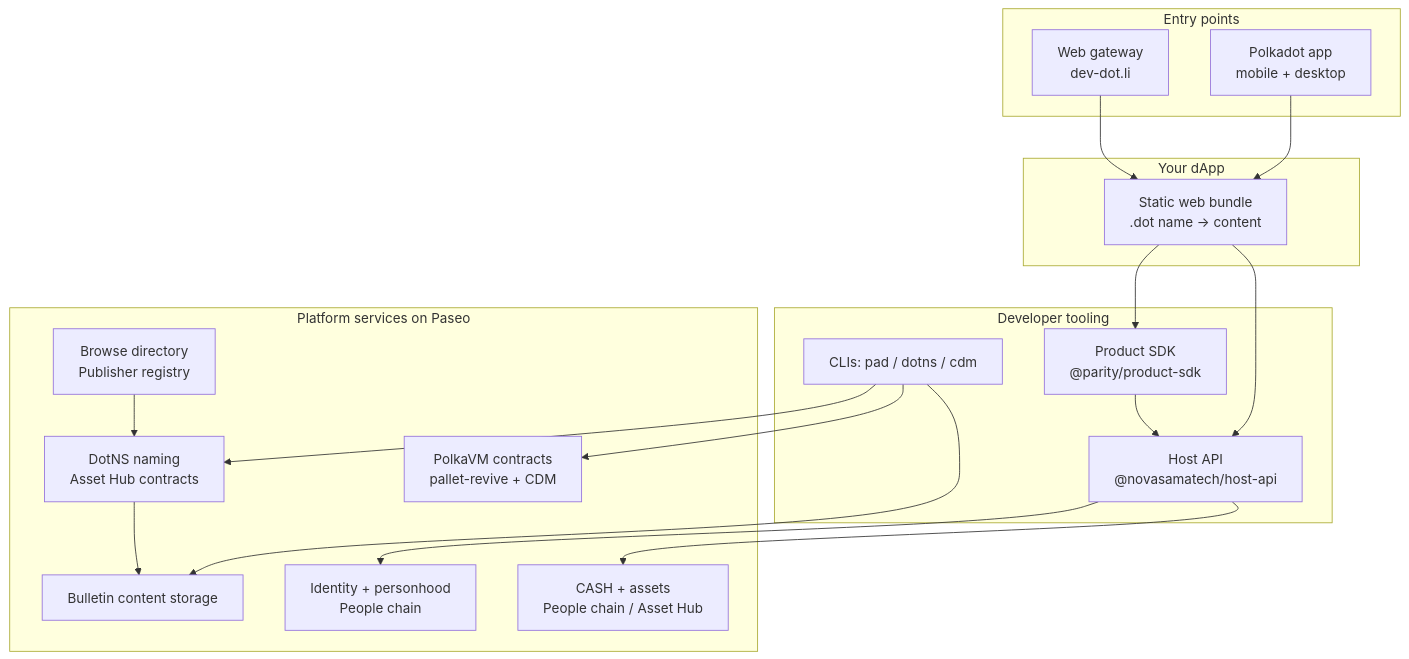
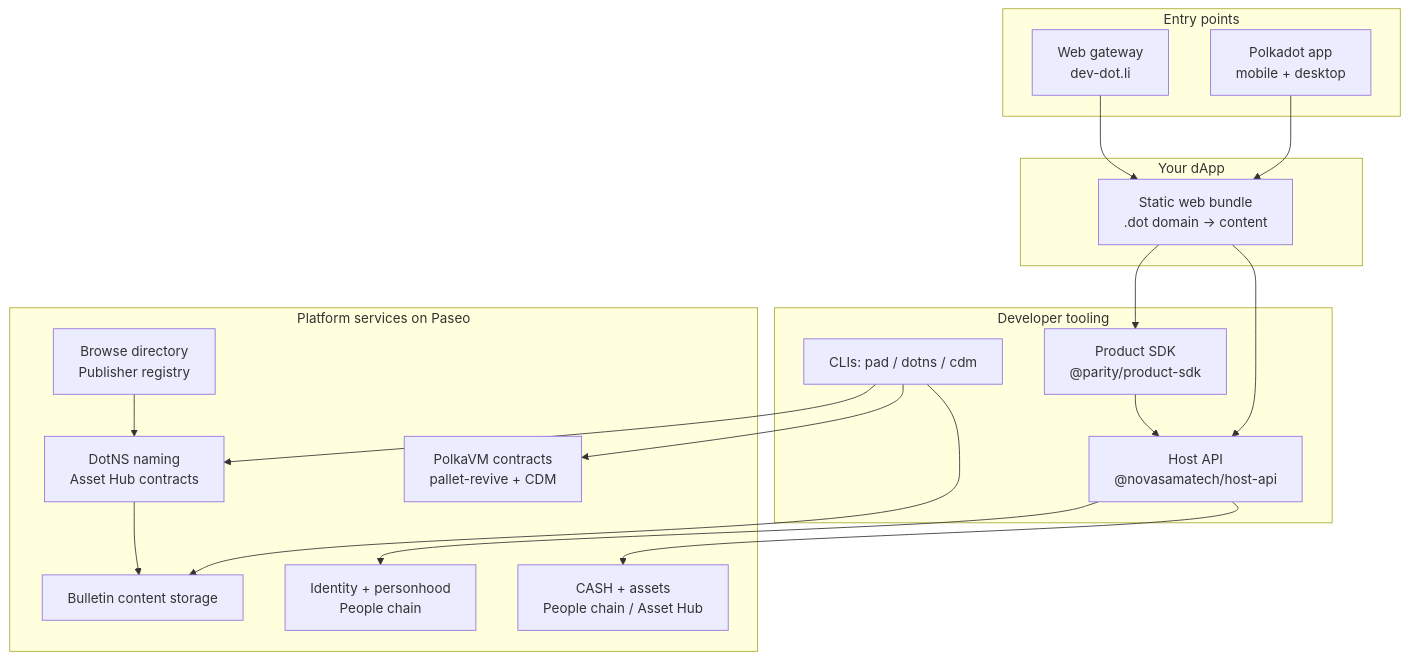
The diagram in docs/introduction.md (Polkadot-Community-Foundation/polkadot-app-docs), drawn with Mermaid before and after one commit. The commit also changed other lines of this file and 31 other files, not shown here.

````diff
--- a/docs/introduction.md
+++ b/docs/introduction.md
@@ -44,35 +44,35 @@
 ```mermaid
 flowchart TD
   subgraph U[Entry points]
     APP[Polkadot app<br/>mobile + desktop]
     GW[Web gateway<br/>dev-dot.li]
   end
   subgraph D[Your dApp]
-    BUNDLE[Static web bundle<br/>.dot name -> content]
+    BUNDLE[Static web bundle<br/>.dot domain -> content]
   end
   subgraph S[Developer tooling]
     SDK[Product SDK<br/>@parity/product-sdk]
     HOST[Host API<br/>@novasamatech/host-api]
     CLIS[CLIs: pad / dotns / cdm]
   end
   subgraph P[Platform services on Paseo]
     NAME[DotNS naming<br/>Asset Hub contracts]
     STORE[Bulletin content storage]
     ID[Identity + personhood<br/>People chain]
     MONEY[CASH + assets<br/>People chain / Asset Hub]
     CONTRACTS[PolkaVM contracts<br/>pallet-revive + CDM]
     BROWSE[Browse directory<br/>Publisher registry]
   end
   APP --> BUNDLE
   GW --> BUNDLE
   BUNDLE --> HOST
   BUNDLE --> SDK
   SDK --> HOST
   CLIS --> NAME
   CLIS --> STORE
   CLIS --> CONTRACTS
   HOST --> ID
   HOST --> MONEY
   NAME --> STORE
   BROWSE --> NAME
 ```
````
